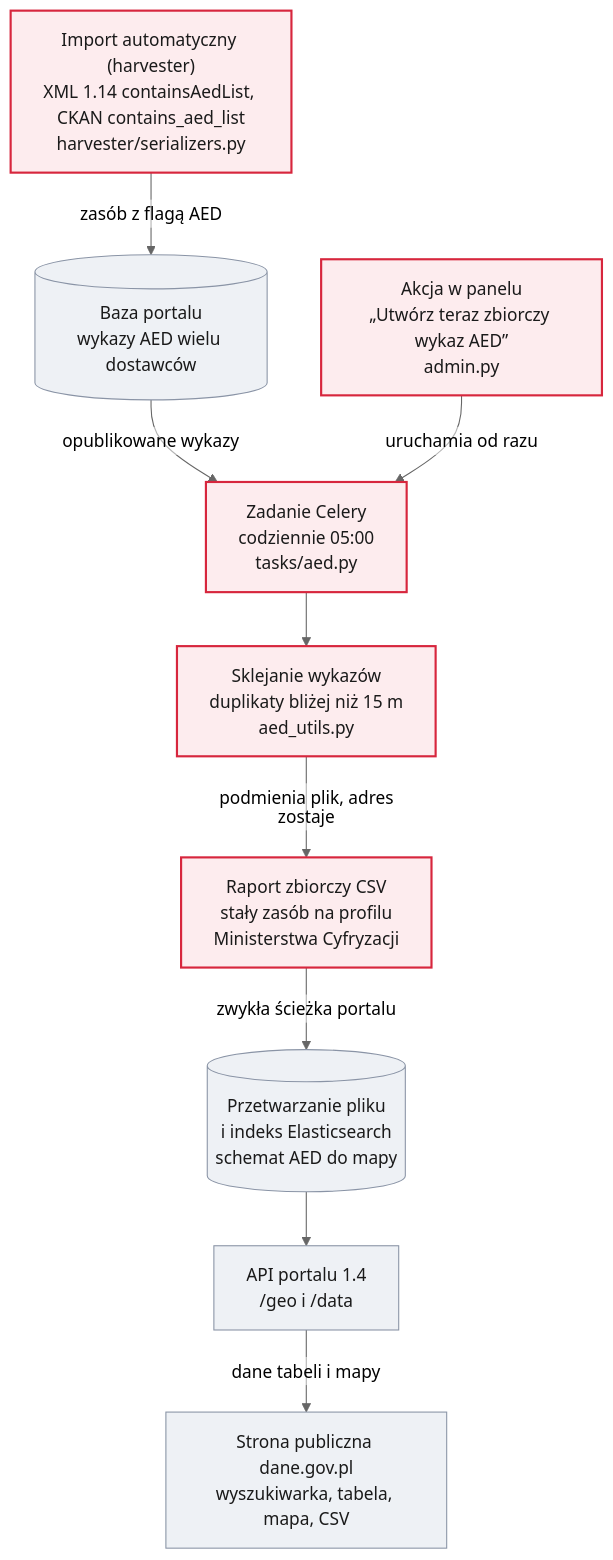
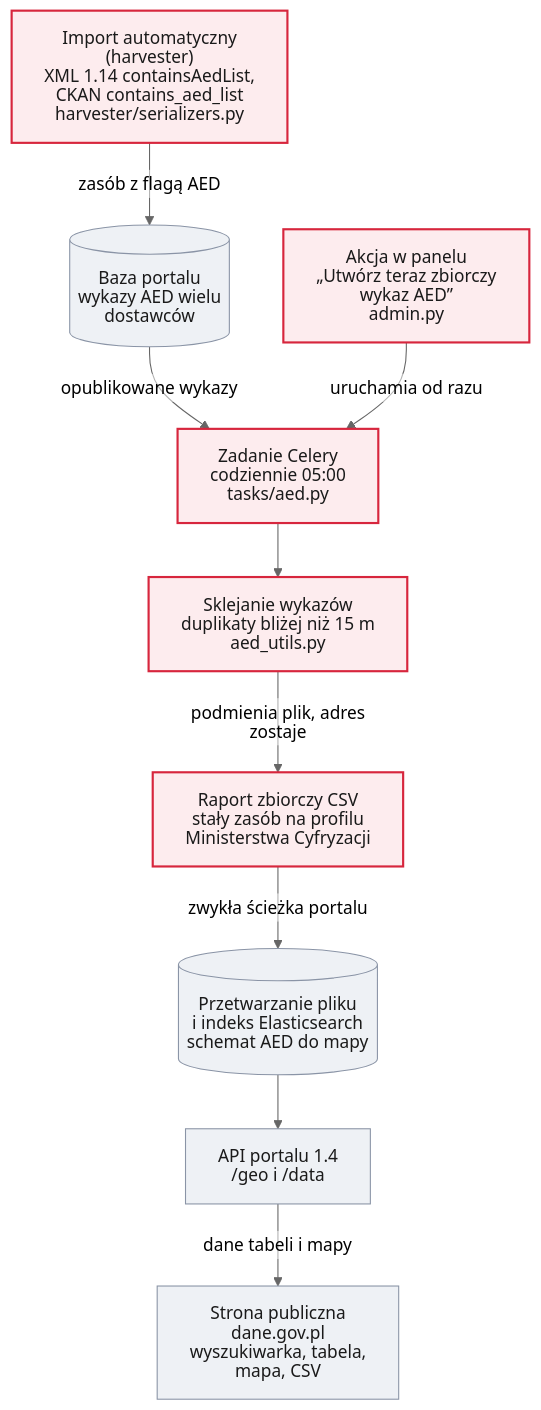
The second of 2 diagrams in README.md (pawel120/misja-aed-dane-gov-pl), drawn with Mermaid (neutral theme) before and after one commit. The commit also changed other lines of this file, not shown here.

Commit message:
README diagrams: turn off HTML labels at the top level so Mermaid 11 on GitHub draws plain SVG text

````diff
--- a/README.md
+++ b/README.md
@@ -115,27 +115,27 @@
 ```mermaid
-%%{init: {"flowchart": {"htmlLabels": false}}}%%
+%%{init: {"htmlLabels": false, "flowchart": {"htmlLabels": false}}}%%
 flowchart TB
   DB[("Baza portalu<br/>wykazy AED wielu dostawców")]
   A["Akcja w panelu<br/>„Utwórz teraz zbiorczy wykaz AED”<br/>admin.py"]
   C["Zadanie Celery<br/>codziennie 05:00<br/>tasks/aed.py"]
   S["Sklejanie wykazów<br/>duplikaty bliżej niż 15 m<br/>aed_utils.py"]
   R["Raport zbiorczy CSV<br/>stały zasób na profilu<br/>Ministerstwa Cyfryzacji"]
   ES[("Przetwarzanie pliku<br/>i indeks Elasticsearch<br/>schemat AED do mapy")]
   API["API portalu 1.4<br/>/geo i /data"]
   WWW["Strona publiczna dane.gov.pl<br/>wyszukiwarka, tabela, mapa, CSV"]
   H["Import automatyczny (harvester)<br/>XML 1.14 containsAedList, CKAN contains_aed_list<br/>harvester/serializers.py"]
 
   H -- "zasób z flagą AED" --> DB
   DB -- "opublikowane wykazy" --> C
   A -- "uruchamia od razu" --> C
   C --> S
   S -- "podmienia plik, adres zostaje" --> R
   R -- "zwykła ścieżka portalu" --> ES
   ES --> API
   API -- "dane tabeli i mapy" --> WWW
 
   classDef nasz fill:#fdecee,stroke:#d7263d,stroke-width:2px,color:#1a1a1a;
   classDef portal fill:#eef1f5,stroke:#8a94a6,color:#1a1a1a;
   class H,A,C,S,R nasz;
   class DB,ES,API,WWW portal;
 ```
````
